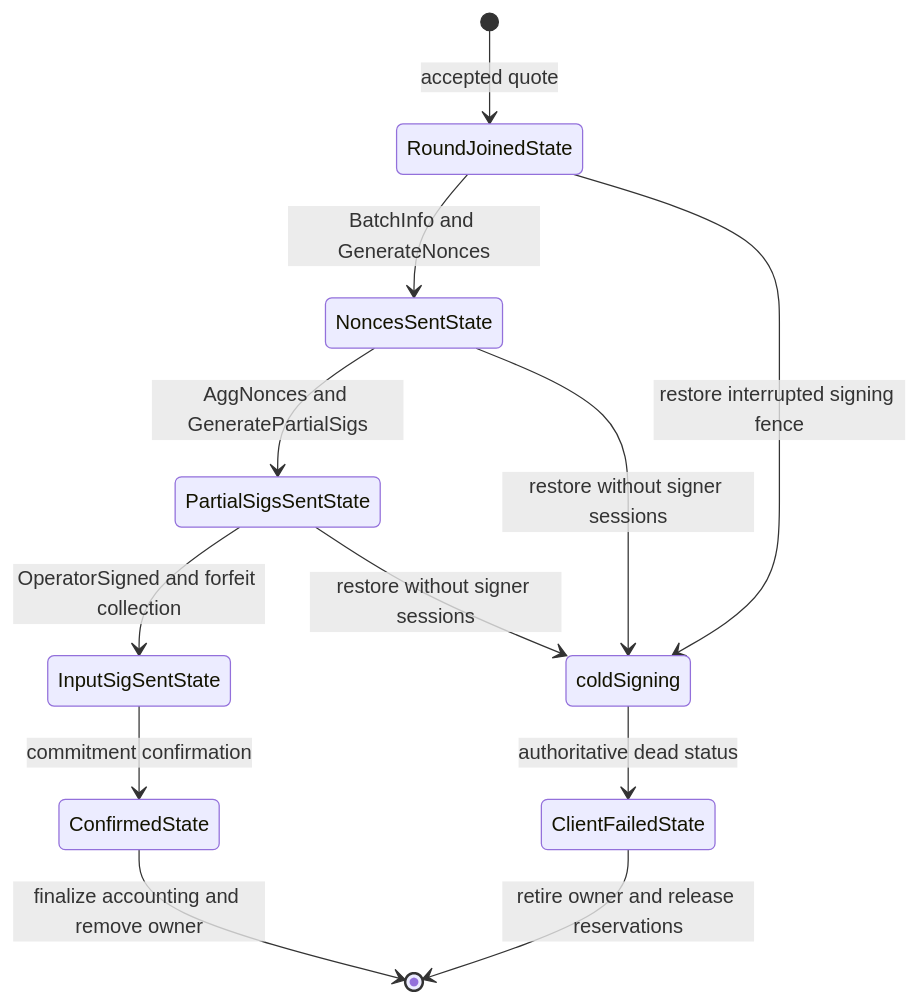
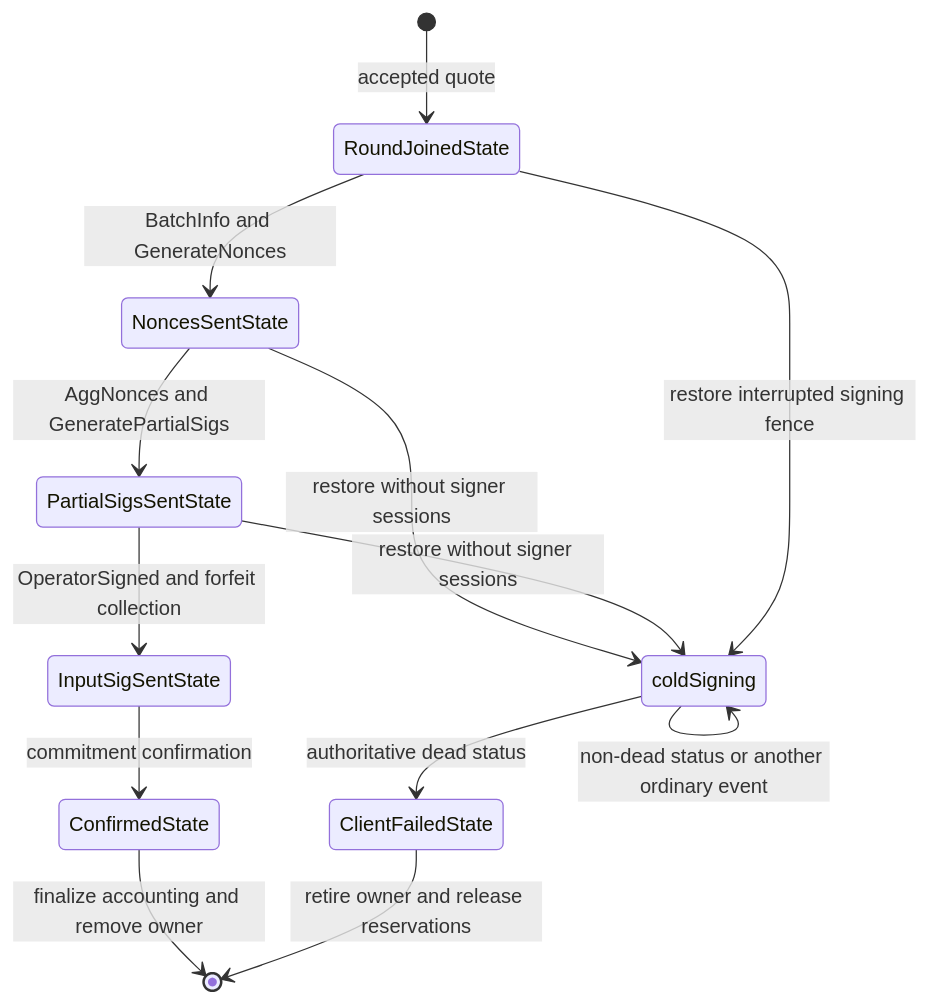
Before and after one commit to lightninglabs/wavelength: the fifth of 6 diagrams in docs/sdk-wake-ingress-architecture.md, drawn with Mermaid. The commit also changed other lines of this file, not shown here.

First line of the commit message:
docs: clarify empty ingress and cold signing ownership

````diff
--- a/docs/sdk-wake-ingress-architecture.md
+++ b/docs/sdk-wake-ingress-architecture.md
@@ -207,14 +208,15 @@
 ```mermaid
 stateDiagram-v2
     [*] --> RoundJoinedState: accepted quote
     RoundJoinedState --> NoncesSentState: BatchInfo and GenerateNonces
     NoncesSentState --> PartialSigsSentState: AggNonces and GeneratePartialSigs
     PartialSigsSentState --> InputSigSentState: OperatorSigned and forfeit collection
     InputSigSentState --> ConfirmedState: commitment confirmation
     ConfirmedState --> [*]: finalize accounting and remove owner
     NoncesSentState --> coldSigning: restore without signer sessions
     PartialSigsSentState --> coldSigning: restore without signer sessions
     RoundJoinedState --> coldSigning: restore interrupted signing fence
+    coldSigning --> coldSigning: non-dead status or another ordinary event
     coldSigning --> ClientFailedState: authoritative dead status
     ClientFailedState --> [*]: retire owner and release reservations
 ```
````
